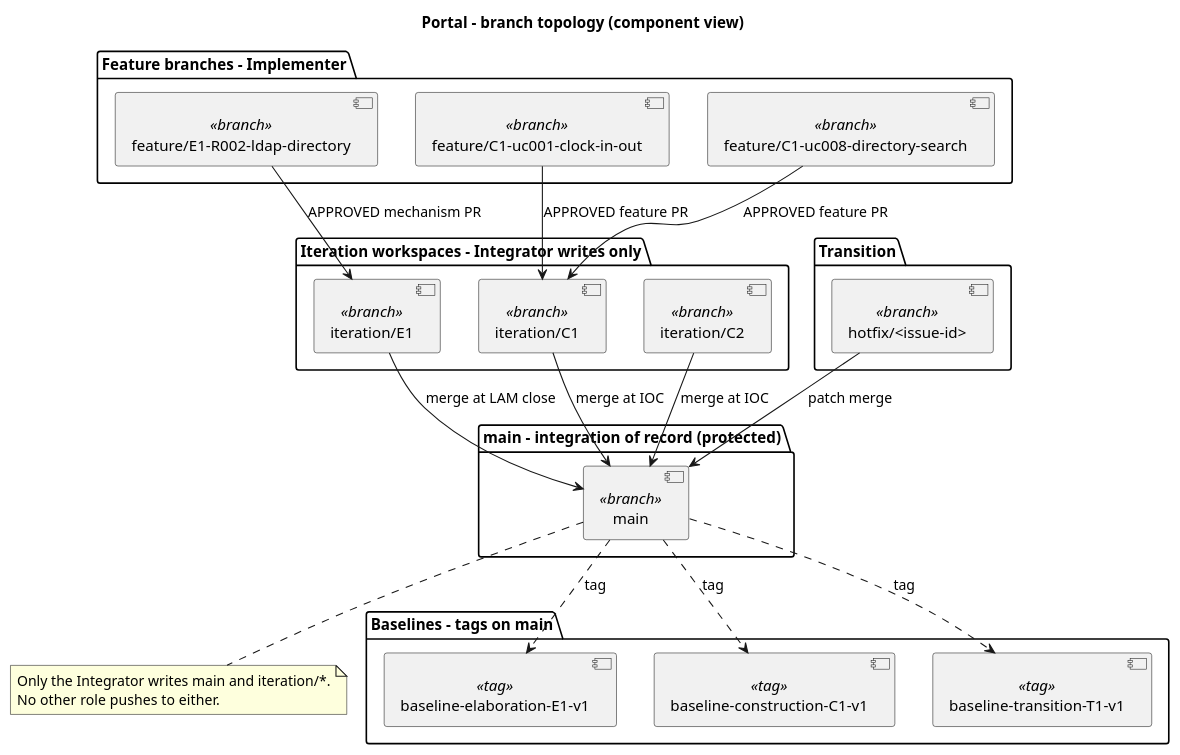
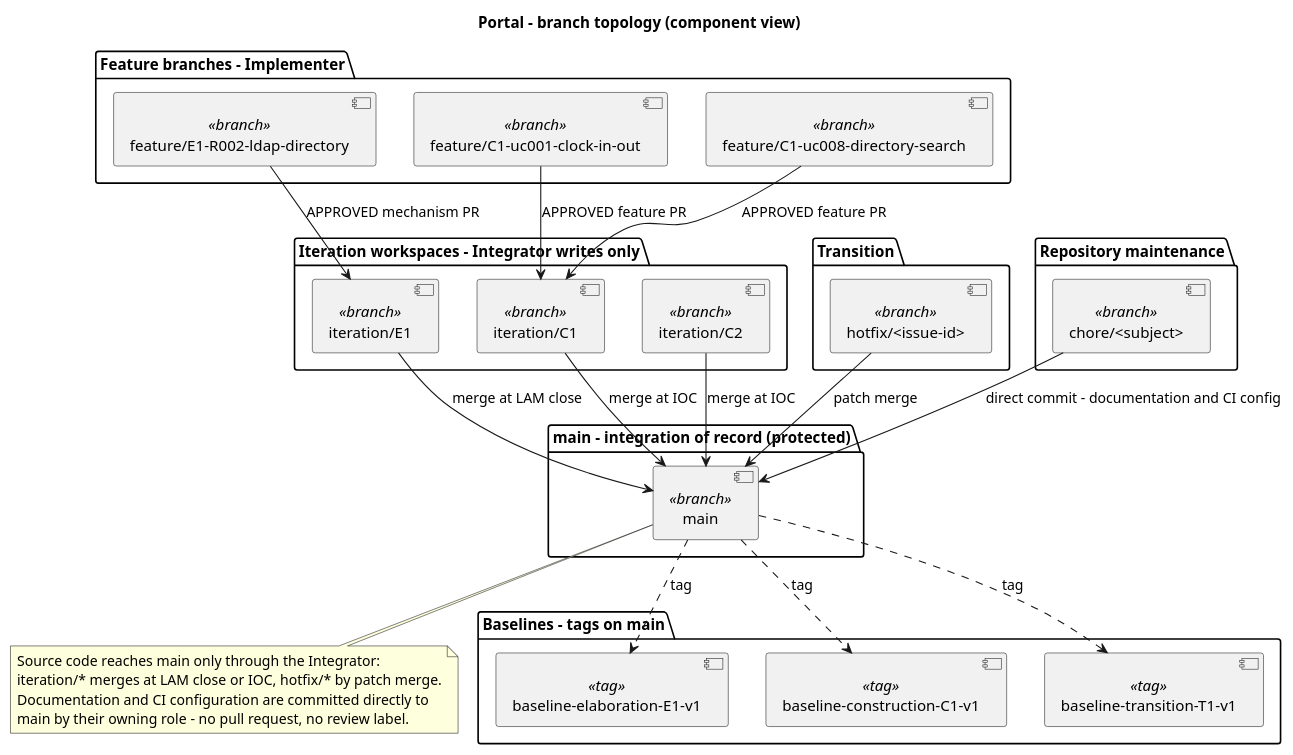
One commit to banense-test/portal changed the first of 5 diagrams in docs/BRANCHING_STRATEGY.md. Above: the diagram before and after it, drawn with PlantUML. The commit also changed other lines of this file, not shown here.

First line of the commit message:
chore(cm): correct branch topology diagram and CI revision rule in branching strategy

````diff
--- a/docs/BRANCHING_STRATEGY.md
+++ b/docs/BRANCHING_STRATEGY.md
@@ -47,47 +47,54 @@
 ```plantuml
 @startuml Portal_BranchTopology
 title Portal - branch topology (component view)
 
 package "main - integration of record (protected)" {
   component "main" as MAIN <<branch>>
 }
 
 package "Iteration workspaces - Integrator writes only" {
   component "iteration/E1" as IE1 <<branch>>
   component "iteration/C1" as IC1 <<branch>>
   component "iteration/C2" as IC2 <<branch>>
 }
 
 package "Feature branches - Implementer" {
   component "feature/E1-R002-ldap-directory" as FE1 <<branch>>
   component "feature/C1-uc001-clock-in-out" as FC1 <<branch>>
   component "feature/C1-uc008-directory-search" as FC2 <<branch>>
 }
 
 package "Transition" {
   component "hotfix/<issue-id>" as HF <<branch>>
 }
 
+package "Repository maintenance" {
+  component "chore/<subject>" as CHORE <<branch>>
+}
+
 package "Baselines - tags on main" {
   component "baseline-elaboration-E1-v1" as T1 <<tag>>
   component "baseline-construction-C1-v1" as T2 <<tag>>
   component "baseline-transition-T1-v1" as T3 <<tag>>
 }
 
 IE1 --> MAIN : merge at LAM close
 IC1 --> MAIN : merge at IOC
 IC2 --> MAIN : merge at IOC
 FE1 --> IE1 : APPROVED mechanism PR
 FC1 --> IC1 : APPROVED feature PR
 FC2 --> IC1 : APPROVED feature PR
 HF --> MAIN : patch merge
+CHORE --> MAIN : direct commit - documentation and CI config
 MAIN ..> T1 : tag
 MAIN ..> T2 : tag
 MAIN ..> T3 : tag
 
 note bottom of MAIN
-  Only the Integrator writes main and iteration/*.
-  No other role pushes to either.
+  Source code reaches main only through the Integrator:
+  iteration/* merges at LAM close or IOC, hotfix/* by patch merge.
+  Documentation and CI configuration are committed directly to
+  main by their owning role - no pull request, no review label.
 end note
 @enduml
 ```
````
